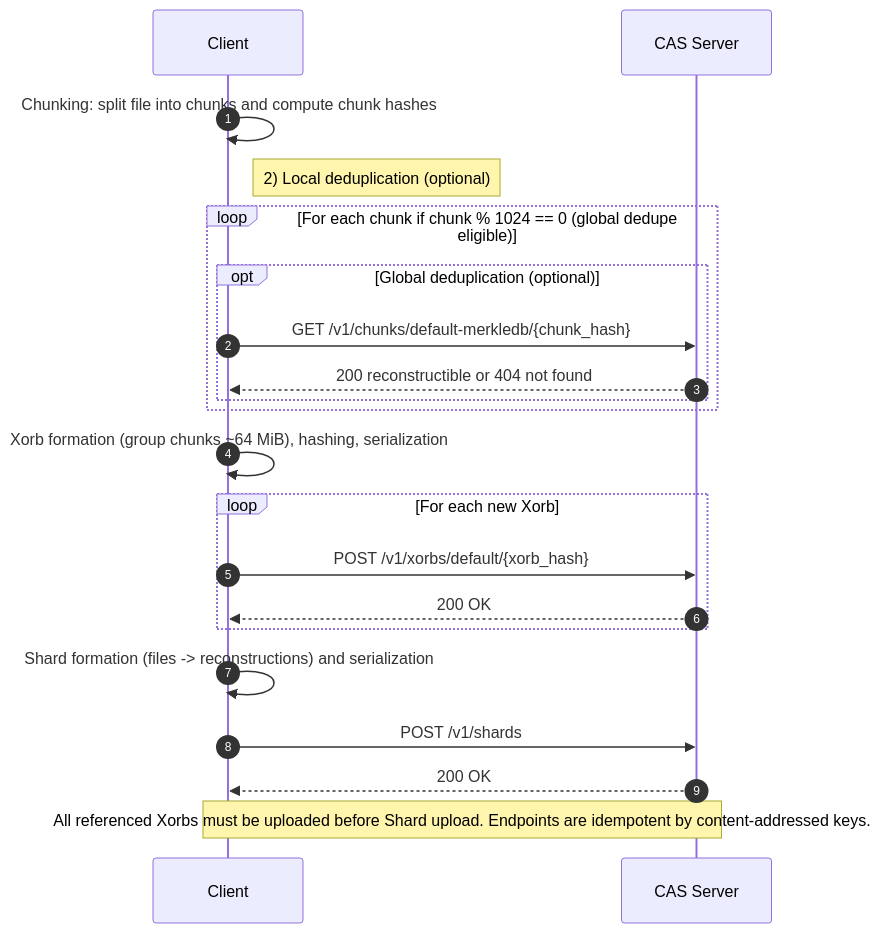
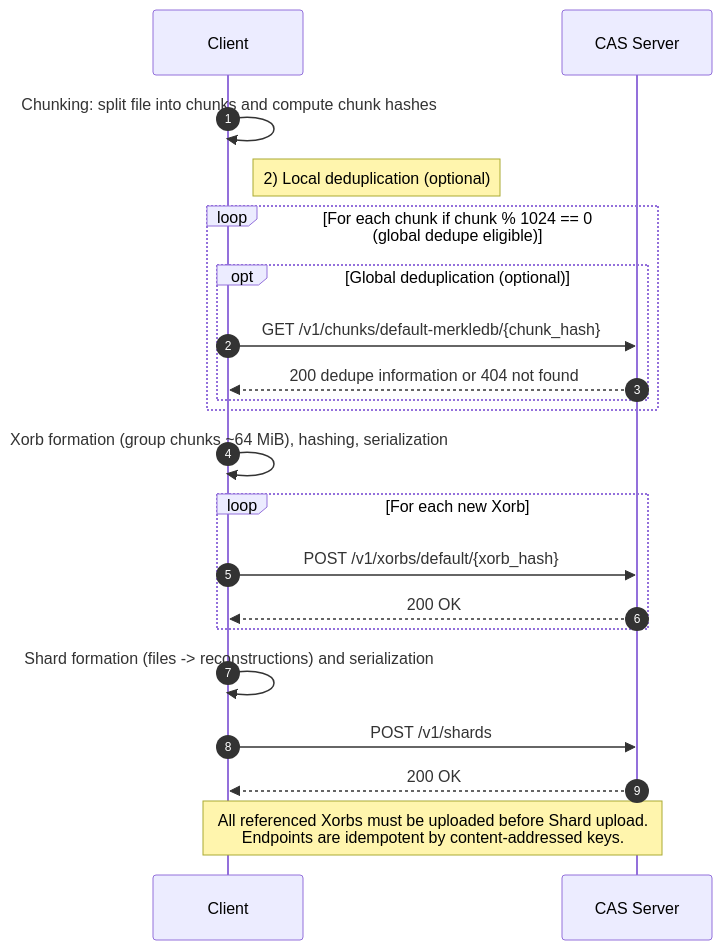
One commit to huggingface/xet-core changed the diagram in spec/upload_protocol.md. Above: the diagram before and after it, drawn with Mermaid. The commit also changed 3 other files, not shown here.

Commit message:
update mermaid daigs

````diff
--- a/spec/upload_protocol.md
+++ b/spec/upload_protocol.md
@@ -141,30 +141,30 @@
 ```mermaid
 sequenceDiagram
     autonumber
     participant Client
     participant CAS as CAS Server
 
     Client->>Client: Chunking: split file into chunks and compute chunk hashes
 
     Note right of Client: 2) Local deduplication (optional)
 
-    loop For each chunk if chunk % 1024 == 0 (global dedupe eligible)
+    loop For each chunk if chunk % 1024 == 0<br/>(global dedupe eligible)
         opt Global deduplication (optional)
             Client->>CAS: GET /v1/chunks/default-merkledb/{chunk_hash}
-            CAS-->>Client: 200 reconstructible or 404 not found
+            CAS-->>Client: 200 dedupe information or 404 not found
         end
     end
 
     Client->>Client: Xorb formation (group chunks ~64 MiB), hashing, serialization
 
     loop For each new Xorb
         Client->>CAS: POST /v1/xorbs/default/{xorb_hash}
         CAS-->>Client: 200 OK
     end
 
     Client->>Client: Shard formation (files -> reconstructions) and serialization
     Client->>CAS: POST /v1/shards
     CAS-->>Client: 200 OK
 
-    Note over Client,CAS: All referenced Xorbs must be uploaded before Shard upload. Endpoints are idempotent by content-addressed keys.
+    Note over Client,CAS: All referenced Xorbs must be uploaded before Shard upload.<br/>Endpoints are idempotent by content-addressed keys.
 ```
````
